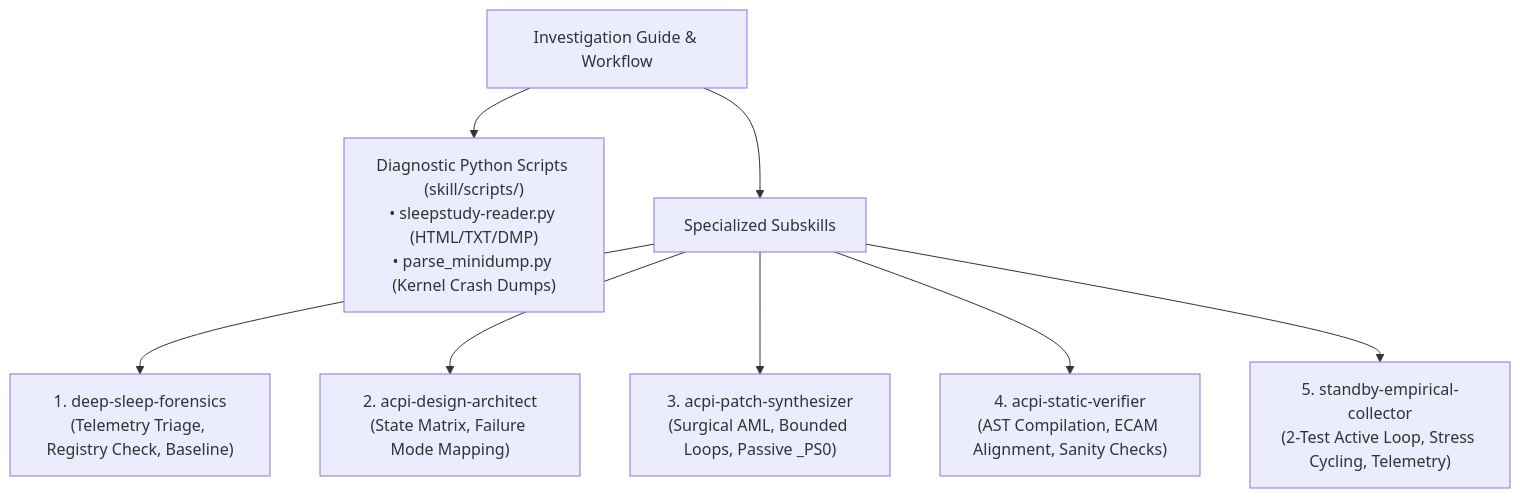
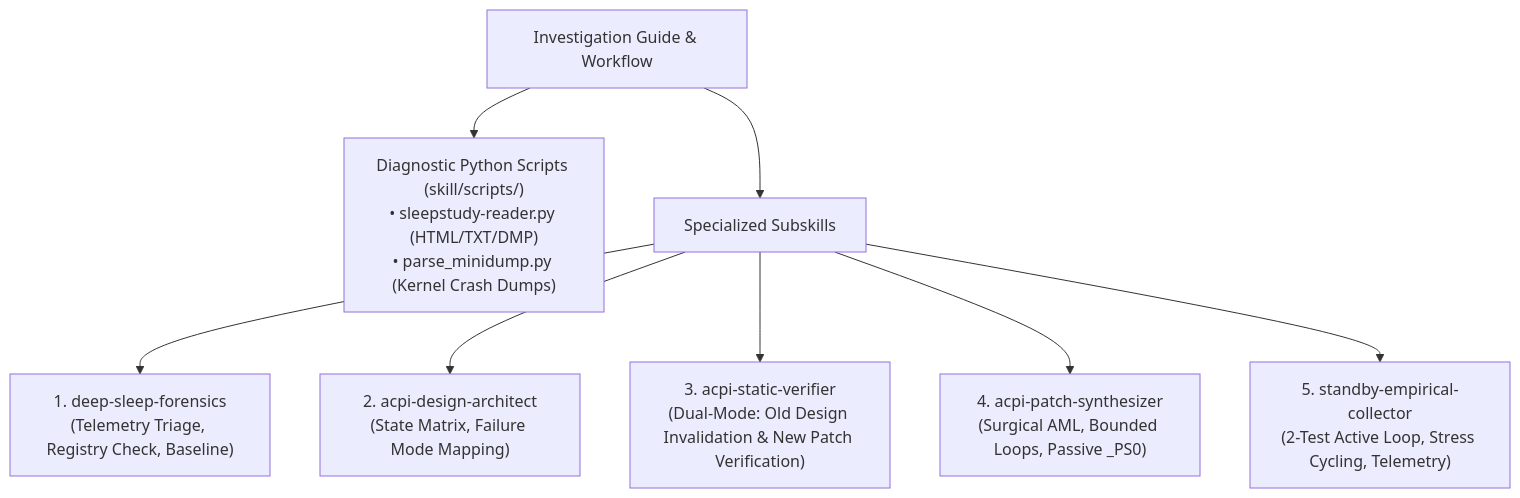
Before and after one commit to datacompboy/xmg_deep_sleep: the first of 2 diagrams in DeepSleepInvestigateSkill/SKILL.md, drawn with Mermaid. The commit also changed other lines of this file and 4 other files, not shown here.

Commit message:
Add auto-re-validate previous static testing after design update.

````diff
--- a/DeepSleepInvestigateSkill/SKILL.md
+++ b/DeepSleepInvestigateSkill/SKILL.md
@@ -16,13 +16,13 @@
 ```mermaid
 graph TD
     Master["Investigation Guide & Workflow"]
     
     Master --> Tools["Diagnostic Python Scripts (skill/scripts/)<br/>• sleepstudy-reader.py (HTML/TXT/DMP)<br/>• parse_minidump.py (Kernel Crash Dumps)"]
     
     Master --> Subskills["Specialized Subskills"]
     Subskills --> Sub1["1. deep-sleep-forensics<br/>(Telemetry Triage, Registry Check, Baseline)"]
     Subskills --> Sub2["2. acpi-design-architect<br/>(State Matrix, Failure Mode Mapping)"]
-    Subskills --> Sub3["3. acpi-patch-synthesizer<br/>(Surgical AML, Bounded Loops, Passive _PS0)"]
-    Subskills --> Sub4["4. acpi-static-verifier<br/>(AST Compilation, ECAM Alignment, Sanity Checks)"]
+    Subskills --> Sub3["3. acpi-static-verifier<br/>(Dual-Mode: Old Design Invalidation & New Patch Verification)"]
+    Subskills --> Sub4["4. acpi-patch-synthesizer<br/>(Surgical AML, Bounded Loops, Passive _PS0)"]
     Subskills --> Sub5["5. standby-empirical-collector<br/>(2-Test Active Loop, Stress Cycling, Telemetry)"]
 ```
````
